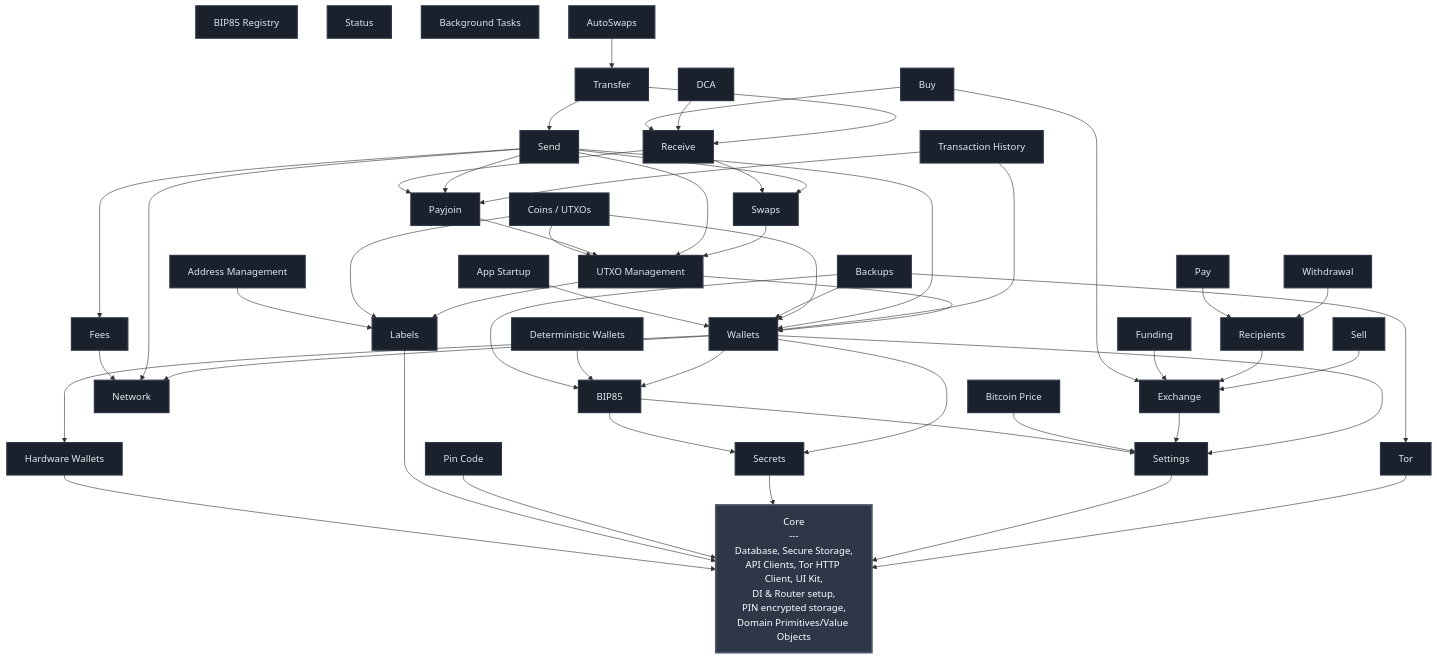
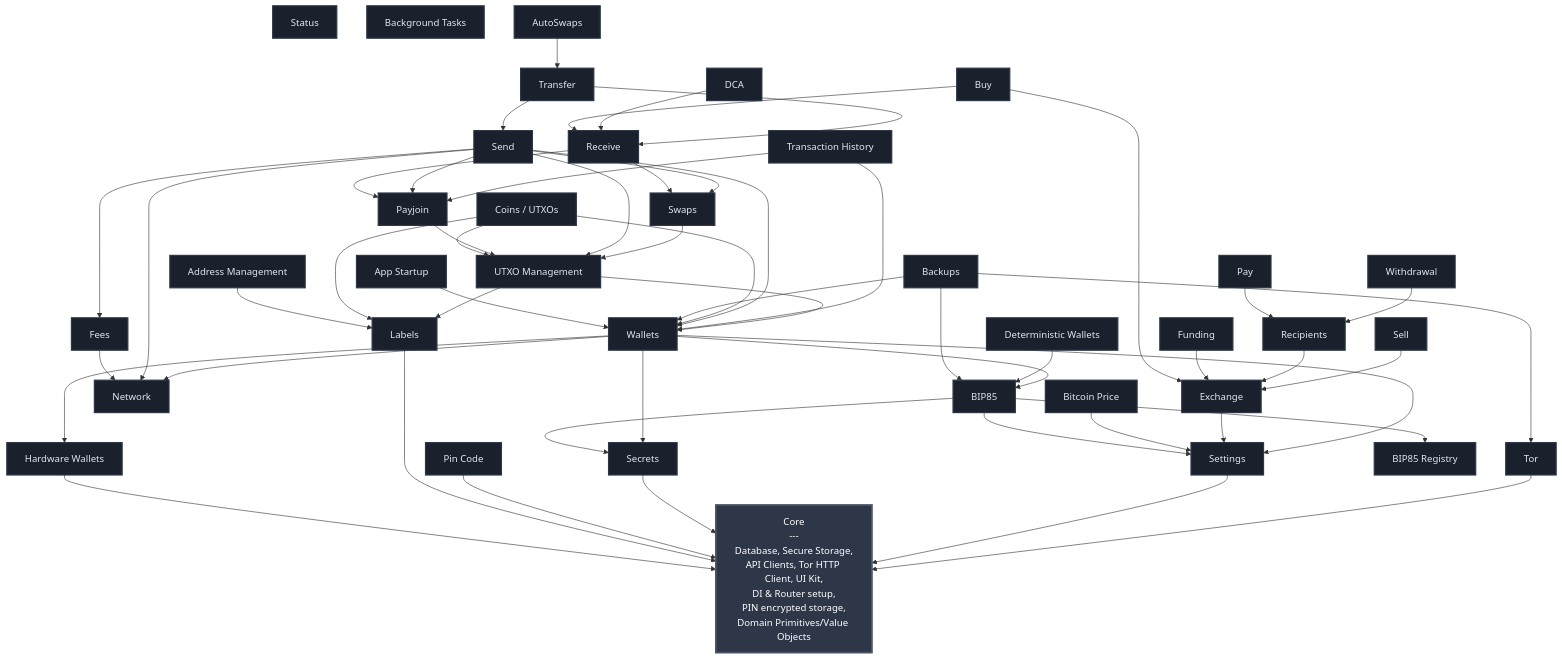
The diagram in FEATURES.md (SatoshiPortal/bullbitcoin-mobile), drawn with Mermaid before and after one commit. The commit also changed 10 other files, not shown here.

```diff
--- a/FEATURES.md
+++ b/FEATURES.md
@@ -57,6 +57,7 @@
     AUTOSWAPS --> TRANSFER
     BIP85 --> SECRETS
     BIP85 --> SETTINGS
+    BIP85 --> BIP85_REGISTRY
     BACKUPS --> BIP85
     BACKUPS --> TOR
     BACKUPS --> WALLETS
```
